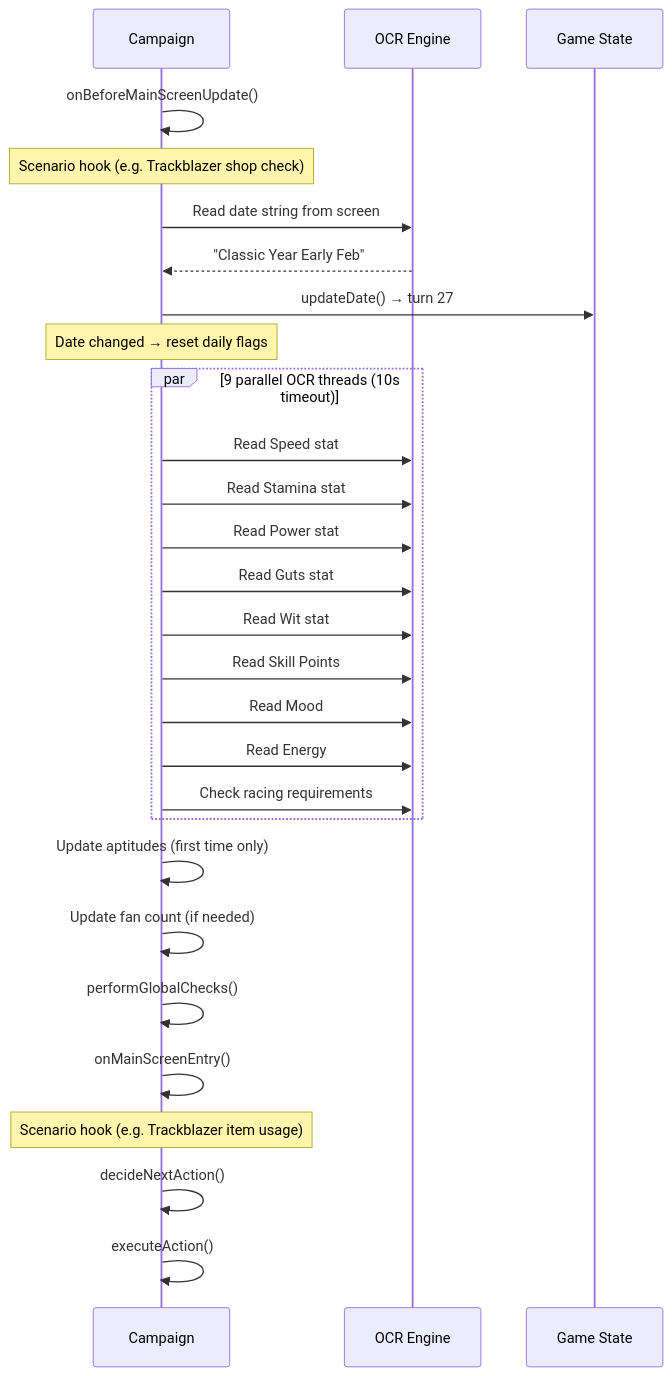
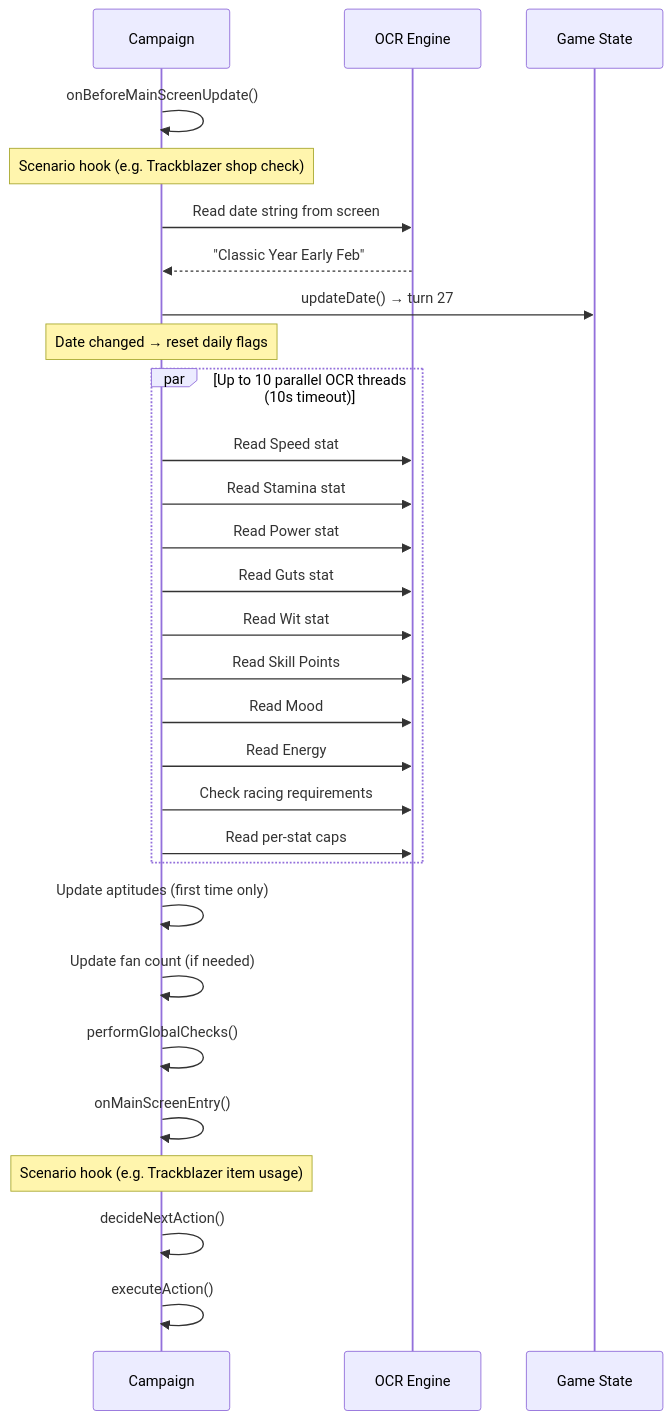
The fourth of 8 diagrams in HOW_IT_WORKS.md (steve1316/uma-android-automation), drawn with Mermaid before and after one commit. The commit also changed other lines of this file, not shown here.

````diff
--- a/HOW_IT_WORKS.md
+++ b/HOW_IT_WORKS.md
@@ -165,35 +165,36 @@
 ```mermaid
 sequenceDiagram
     participant Bot as Campaign
     participant OCR as OCR Engine
     participant State as Game State
 
     Bot->>Bot: onBeforeMainScreenUpdate()
     Note over Bot: Scenario hook (e.g. Trackblazer shop check)
 
     Bot->>OCR: Read date string from screen
     OCR-->>Bot: "Classic Year Early Feb"
     Bot->>State: updateDate() → turn 27
 
     Note over Bot: Date changed → reset daily flags
 
-    par 9 parallel OCR threads (10s timeout)
+    par Up to 10 parallel OCR threads (10s timeout)
         Bot->>OCR: Read Speed stat
         Bot->>OCR: Read Stamina stat
         Bot->>OCR: Read Power stat
         Bot->>OCR: Read Guts stat
         Bot->>OCR: Read Wit stat
         Bot->>OCR: Read Skill Points
         Bot->>OCR: Read Mood
         Bot->>OCR: Read Energy
         Bot->>OCR: Check racing requirements
+        Bot->>OCR: Read per-stat caps
     end
 
     Bot->>Bot: Update aptitudes (first time only)
     Bot->>Bot: Update fan count (if needed)
     Bot->>Bot: performGlobalChecks()
     Bot->>Bot: onMainScreenEntry()
     Note over Bot: Scenario hook (e.g. Trackblazer item usage)
     Bot->>Bot: decideNextAction()
     Bot->>Bot: executeAction()
 ```
````
